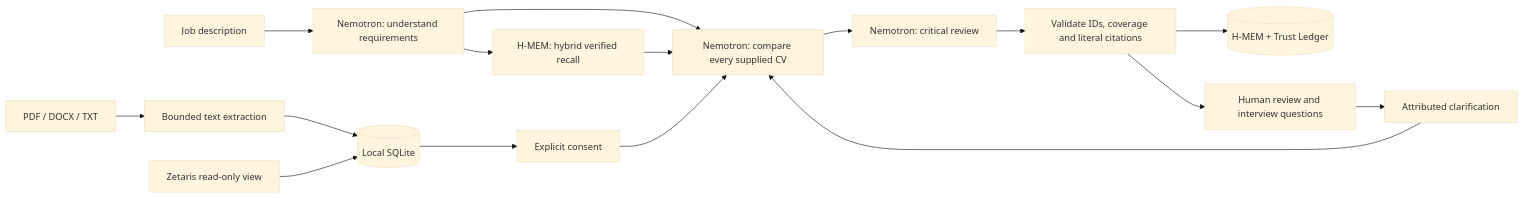
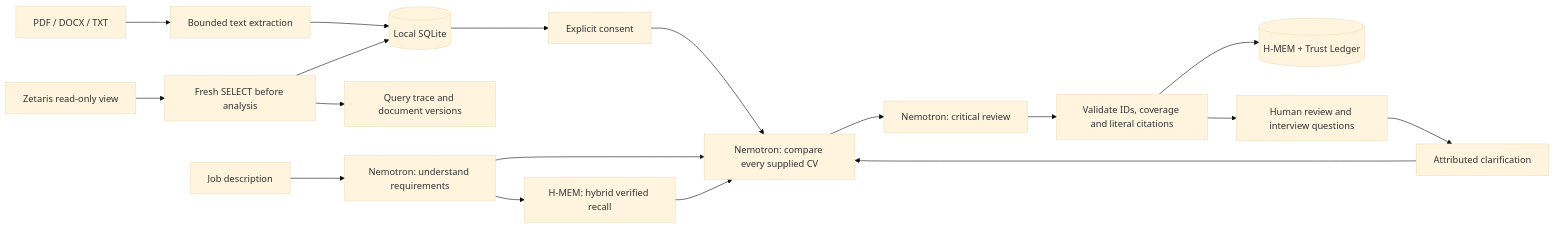
Before and after one commit to oveun-software/hackaton: the diagram in README.md, drawn with Mermaid (base theme). The commit also changed other lines of this file and 21 other files, not shown here.

Commit message:
Query Zetaris before analysis and expose source provenance

````diff
--- a/README.md
+++ b/README.md
@@ -195,18 +199,20 @@
 ```mermaid
 flowchart LR
   F[PDF / DOCX / TXT] --> E[Bounded text extraction]
   E --> D[(Local SQLite)]
-  Z[Zetaris read-only view] --> D
+  Z[Zetaris read-only view] --> S[Fresh SELECT before analysis]
+  S --> D
+  S --> T[Query trace and document versions]
   J[Job description] --> N[Nemotron: understand requirements]
   D --> C[Explicit consent]
   N --> A[Nemotron: compare every supplied CV]
   N --> M[H-MEM: hybrid verified recall]
   M --> A
   C --> A
   A --> R[Nemotron: critical review]
   R --> V[Validate IDs, coverage and literal citations]
   V --> L[(H-MEM + Trust Ledger)]
   V --> H[Human review and interview questions]
   H --> Q[Attributed clarification]
   Q --> A
 ```
````
